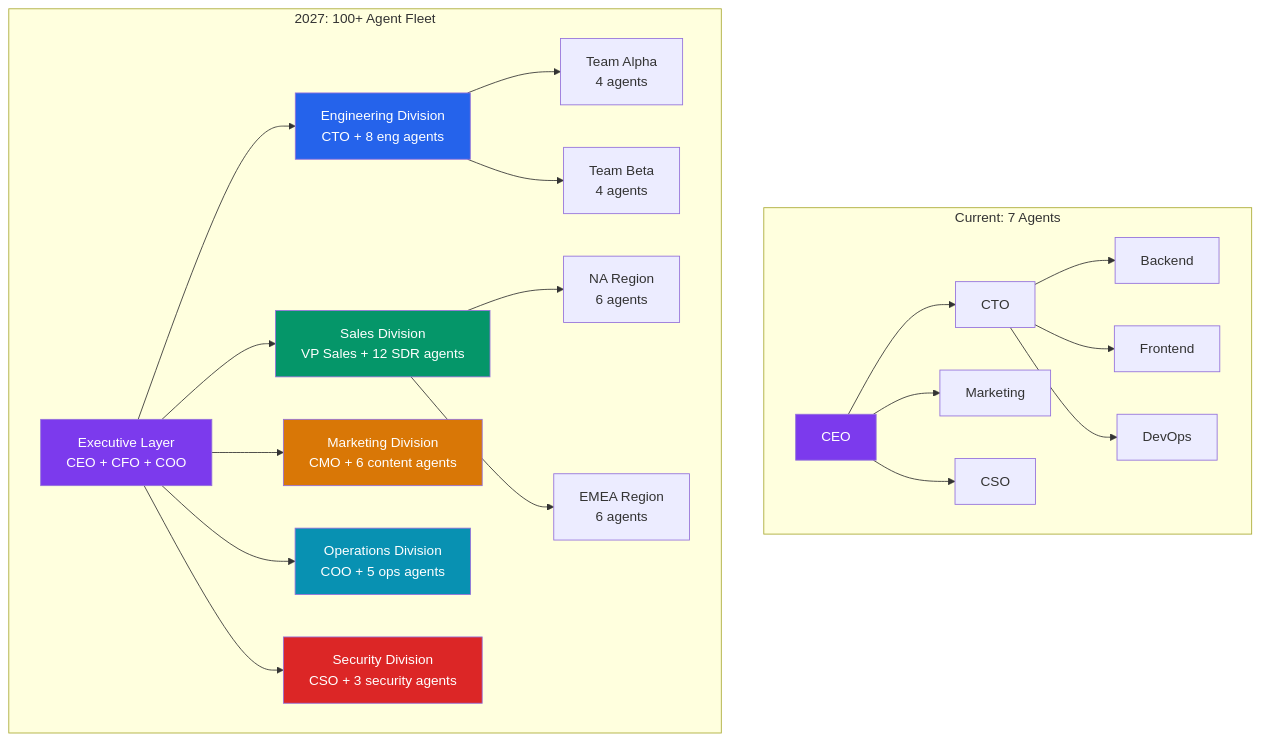
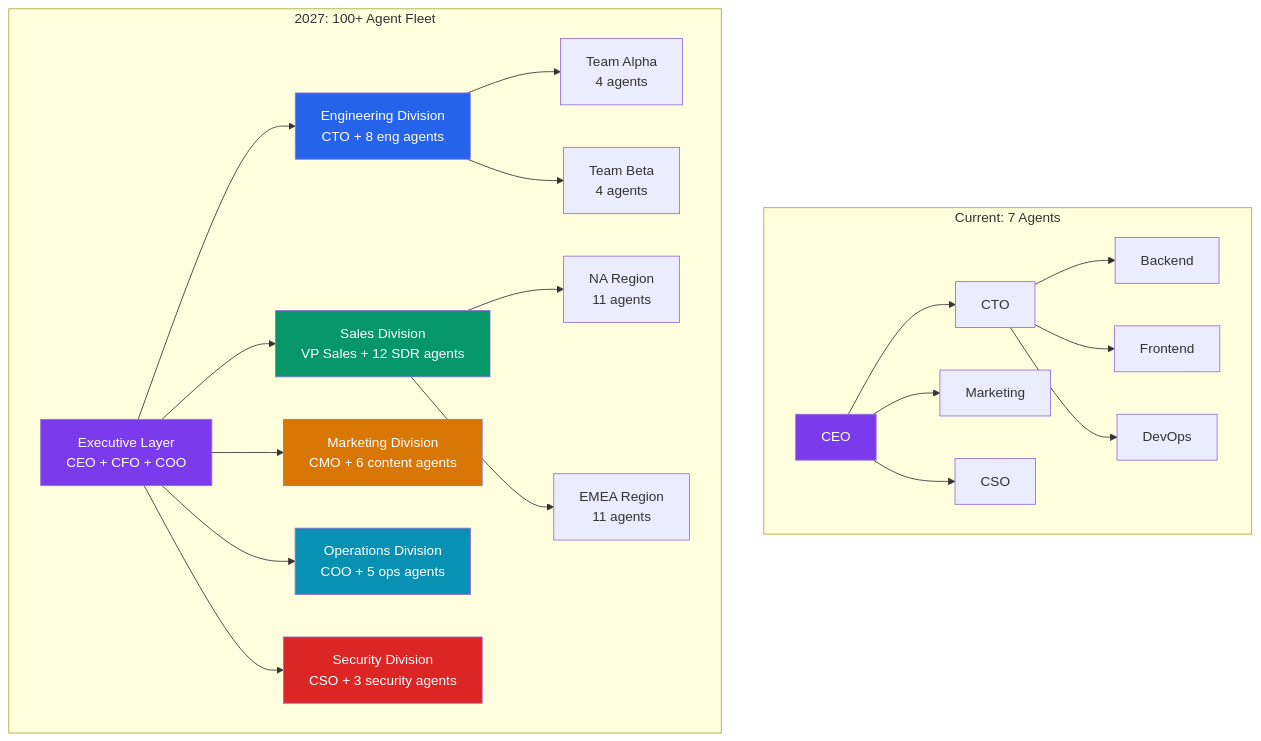
The second of 2 diagrams in posts/marketing/cyborgenic-2027-roadmap-vision.md (GenBrainAI/marketing.blog), drawn with Mermaid before and after one commit. The commit also changed 49 other files, not shown here.

````diff
--- a/posts/marketing/cyborgenic-2027-roadmap-vision.md
+++ b/posts/marketing/cyborgenic-2027-roadmap-vision.md
@@ -152,32 +152,32 @@
 ```mermaid
 graph TD
     subgraph "Current: 7 Agents"
         CEO1["CEO"] --> CTO1["CTO"]
         CEO1 --> MKT1["Marketing"]
         CEO1 --> CSO1["CSO"]
         CTO1 --> BE1["Backend"]
         CTO1 --> FE1["Frontend"]
         CTO1 --> DO1["DevOps"]
     end
 
     subgraph "2027: 100+ Agent Fleet"
         EXEC["Executive Layer<br/>CEO + CFO + COO"]
         EXEC --> ENG["Engineering Division<br/>CTO + 8 eng agents"]
         EXEC --> SALES["Sales Division<br/>VP Sales + 12 SDR agents"]
         EXEC --> MKT["Marketing Division<br/>CMO + 6 content agents"]
         EXEC --> OPS["Operations Division<br/>COO + 5 ops agents"]
         EXEC --> SEC["Security Division<br/>CSO + 3 security agents"]
         ENG --> TEAM1["Team Alpha<br/>4 agents"]
         ENG --> TEAM2["Team Beta<br/>4 agents"]
-        SALES --> REGION1["NA Region<br/>6 agents"]
-        SALES --> REGION2["EMEA Region<br/>6 agents"]
+        SALES --> REGION1["NA Region<br/>11 agents"]
+        SALES --> REGION2["EMEA Region<br/>11 agents"]
     end
 
     style CEO1 fill:#7c3aed,color:#fff
     style EXEC fill:#7c3aed,color:#fff
     style ENG fill:#2563eb,color:#fff
     style SALES fill:#059669,color:#fff
     style MKT fill:#d97706,color:#fff
     style OPS fill:#0891b2,color:#fff
     style SEC fill:#dc2626,color:#fff
 ```
````
